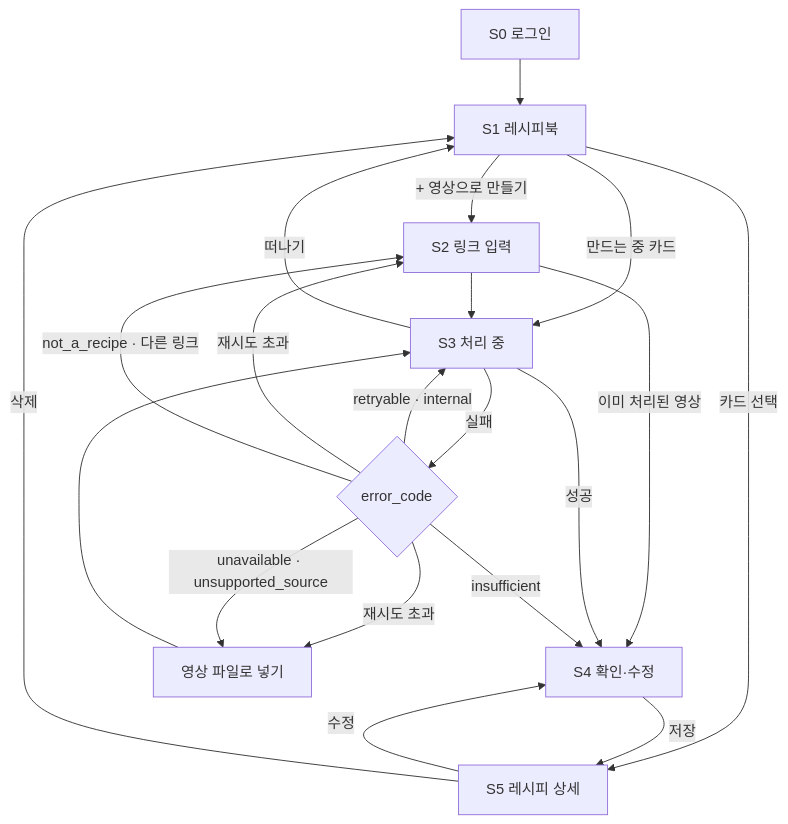
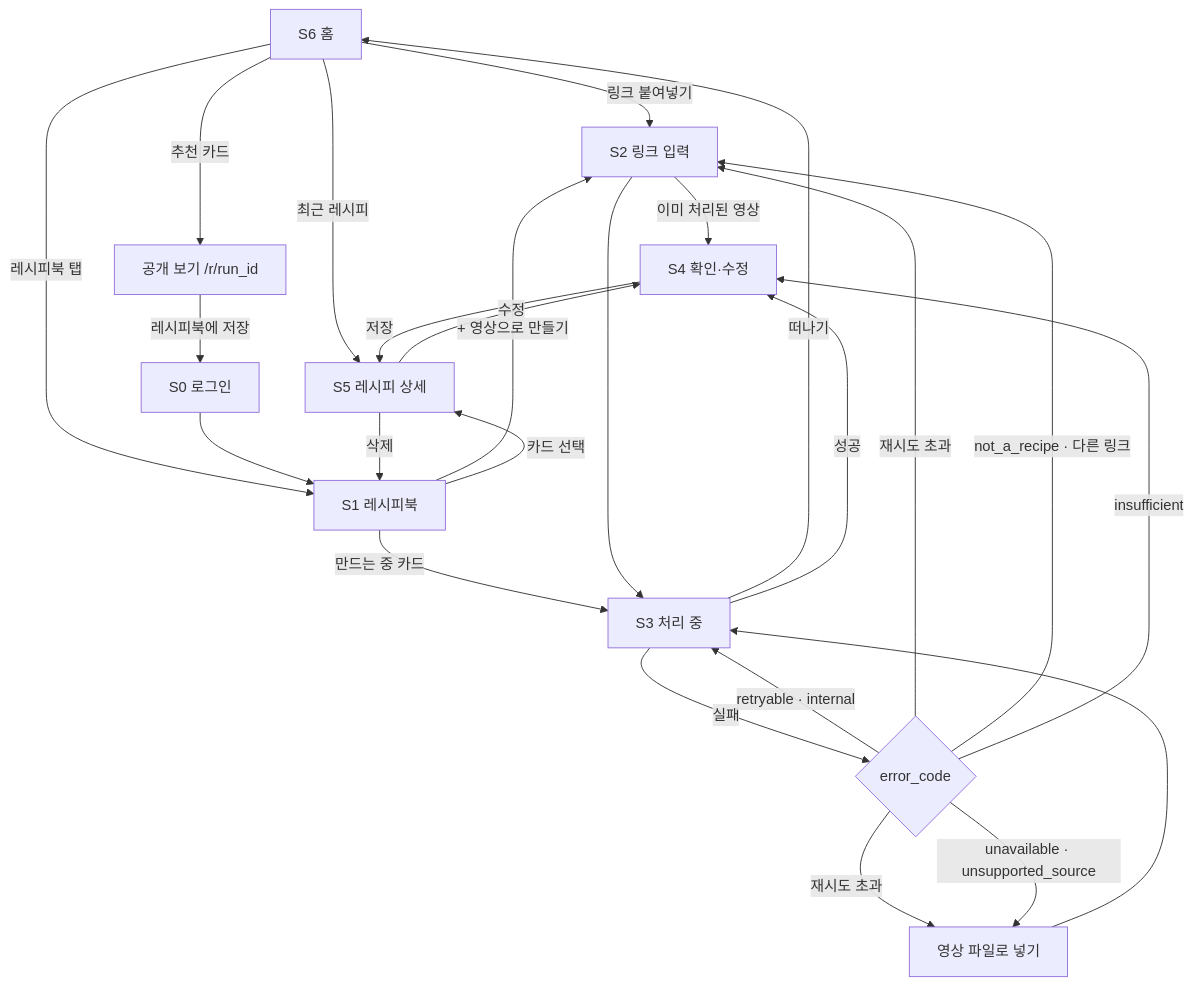
One commit to pbl-applied-ai/applied-ai changed the diagram in docs/ux-flow.md. Above: the diagram before and after it, drawn with Mermaid. The commit also changed other lines of this file and 2 other files, not shown here.

````diff
--- a/docs/ux-flow.md
+++ b/docs/ux-flow.md
@@ -37,22 +40,27 @@
 ```mermaid
 flowchart TD
-  Login[S0 로그인] --> Book[S1 레시피북]
-  Book -->|+ 영상으로 만들기| Input[S2 링크 입력]
+  Home[S6 홈] -->|링크 붙여넣기| Input[S2 링크 입력]
+  Home -->|추천 카드| Pub[공개 보기 /r/run_id]
+  Pub -->|레시피북에 저장| Login[S0 로그인]
+  Home -->|최근 레시피| Detail
+  Home -->|레시피북 탭| Book[S1 레시피북]
+  Login --> Book
+  Book -->|+ 영상으로 만들기| Input
   Book -->|카드 선택| Detail[S5 레시피 상세]
   Book -->|만드는 중 카드| Proc
   Input -->|이미 처리된 영상| Review
   Input --> Proc[S3 처리 중]
-  Proc -->|떠나기| Book
+  Proc -->|떠나기| Home
   Proc -->|성공| Review[S4 확인·수정]
   Proc -->|실패| Fail{error_code}
   Fail -->|retryable · internal| Proc
   Fail -->|재시도 초과| Upload
   Fail -->|재시도 초과| Input
   Fail -->|unavailable · unsupported_source| Upload[영상 파일로 넣기]
   Upload --> Proc
   Fail -->|not_a_recipe · 다른 링크| Input
   Fail -->|insufficient| Review
   Review -->|저장| Detail
   Detail -->|수정| Review
   Detail -->|삭제| Book
 ```
````
